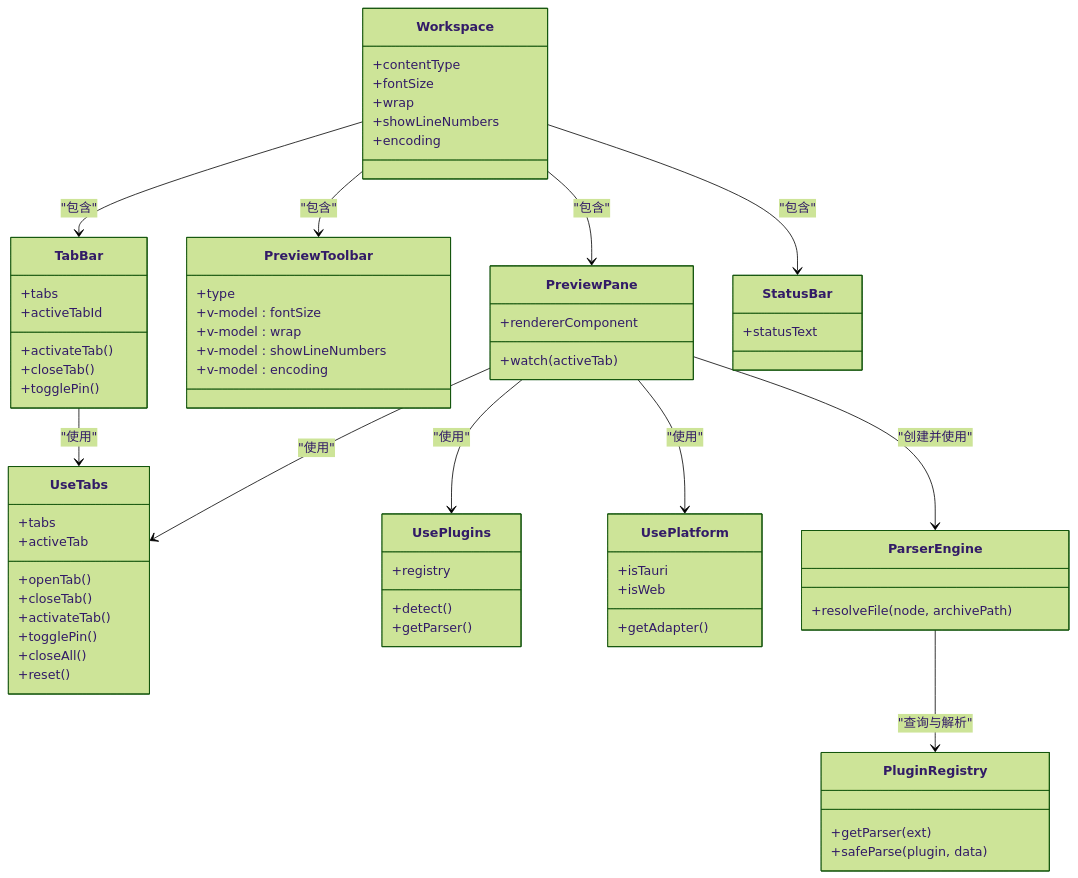
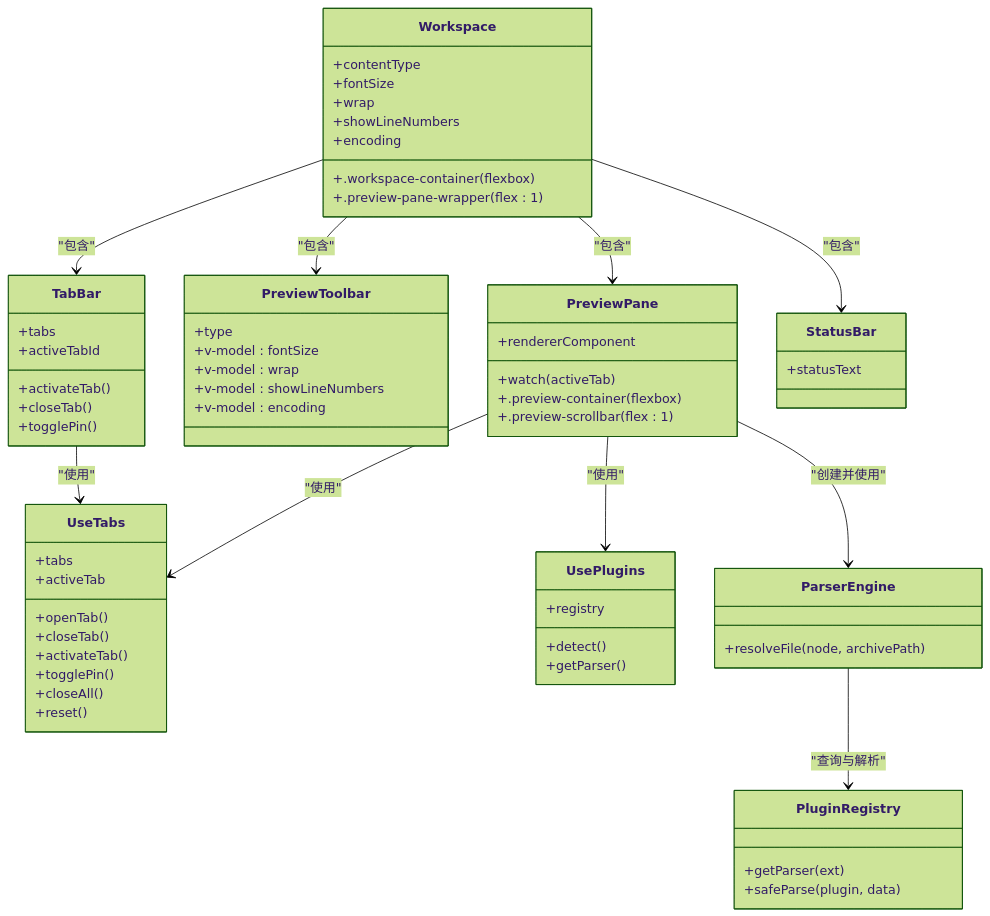
Before and after one commit to taoweidong/Hello-Tauri: the fourth of 4 diagrams in .qoder/repowiki/zh/content/架构设计/组件层次结构/工作区组件/主工作区组件.md, drawn with Mermaid (forest theme). The commit also changed other lines of this file and 14 other files, not shown here.

````diff
--- a/.qoder/repowiki/zh/content/架构设计/组件层次结构/工作区组件/主工作区组件.md
+++ b/.qoder/repowiki/zh/content/架构设计/组件层次结构/工作区组件/主工作区组件.md
@@ -248,68 +263,66 @@
 ```mermaid
 classDiagram
 class Workspace {
 +contentType
 +fontSize
 +wrap
 +showLineNumbers
 +encoding
++.workspace-container (flexbox)
++.preview-pane-wrapper (flex : 1)
 }
 class TabBar {
 +tabs
 +activeTabId
 +activateTab()
 +closeTab()
 +togglePin()
 }
 class PreviewToolbar {
 +type
 +v-model : fontSize
 +v-model : wrap
 +v-model : showLineNumbers
 +v-model : encoding
 }
 class PreviewPane {
 +watch(activeTab)
 +rendererComponent
++.preview-container (flexbox)
++.preview-scrollbar (flex : 1)
 }
 class StatusBar {
 +statusText
 }
 class UseTabs {
 +tabs
 +activeTab
 +openTab()
 +closeTab()
 +activateTab()
 +togglePin()
 +closeAll()
 +reset()
 }
 class UsePlugins {
 +registry
 +detect()
 +getParser()
 }
-class UsePlatform {
-+getAdapter()
-+isTauri
-+isWeb
-}
 class ParserEngine {
 +resolveFile(node, archivePath)
 }
 class PluginRegistry {
 +getParser(ext)
 +safeParse(plugin, data)
 }
 Workspace --> TabBar : "包含"
 Workspace --> PreviewToolbar : "包含"
 Workspace --> PreviewPane : "包含"
 Workspace --> StatusBar : "包含"
 TabBar --> UseTabs : "使用"
 PreviewPane --> UseTabs : "使用"
 PreviewPane --> UsePlugins : "使用"
-PreviewPane --> UsePlatform : "使用"
 PreviewPane --> ParserEngine : "创建并使用"
 ParserEngine --> PluginRegistry : "查询与解析"
 ```
````
